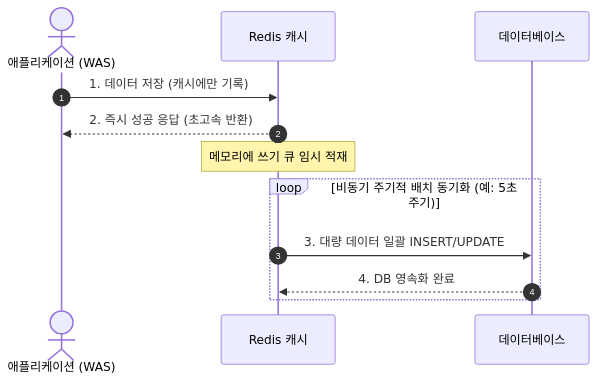
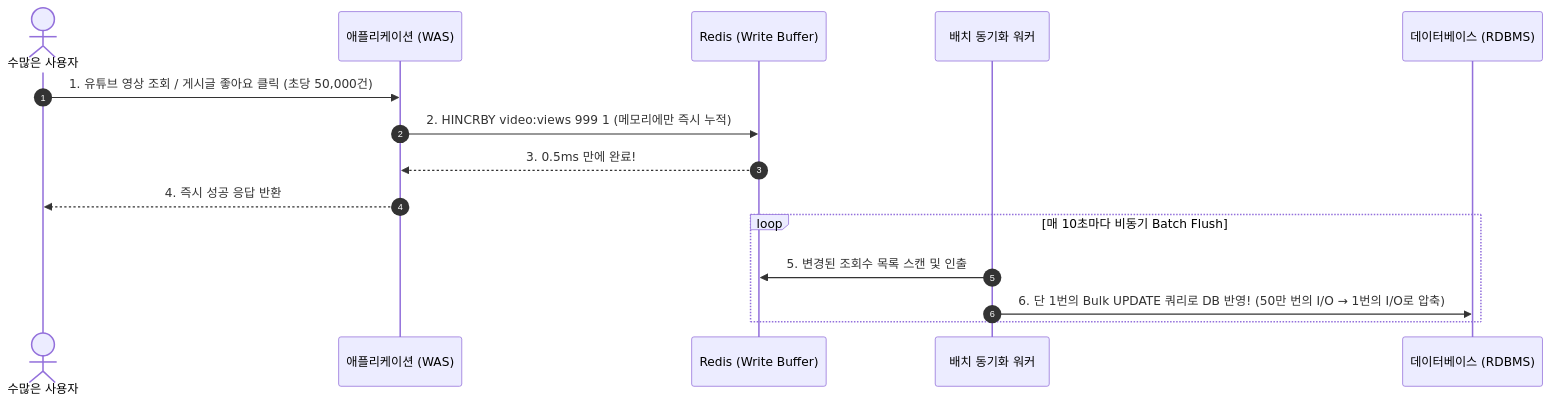
Diagram 17 of 39 in 09_아키텍처.md (keimania/tech-notes), drawn with Mermaid before and after one commit. The commit also changed other lines of this file and 12 other files, not shown here.

````diff
--- a/09_아키텍처.md
+++ b/09_아키텍처.md
@@ -533,15 +857,19 @@
 ```mermaid
 sequenceDiagram
     autonumber
-    actor App as 애플리케이션 (WAS)
-    participant Cache as Redis 캐시
-    participant DB as 데이터베이스
+    actor User as 수많은 사용자
+    participant App as 애플리케이션 (WAS)
+    participant Cache as Redis (Write Buffer)
+    participant Worker as 배치 동기화 워커
+    participant DB as 데이터베이스 (RDBMS)
 
-    App->>Cache: 1. 데이터 저장 (캐시에만 기록)
-    Cache-->>App: 2. 즉시 성공 응답 (초고속 반환)
-    Note over Cache: 메모리에 쓰기 큐 임시 적재
-    loop 비동기 주기적 배치 동기화 (예: 5초 주기)
-        Cache->>DB: 3. 대량 데이터 일괄 INSERT/UPDATE
-        DB-->>Cache: 4. DB 영속화 완료
+    User->>App: 1. 유튜브 영상 조회 / 게시글 좋아요 클릭 (초당 50,000건)
+    App->>Cache: 2. HINCRBY video:views 999 1 (메모리에만 즉시 누적)
+    Cache-->>App: 3. 0.5ms 만에 완료!
+    App-->>User: 4. 즉시 성공 응답 반환
+
+    loop 매 10초마다 비동기 Batch Flush
+        Worker->>Cache: 5. 변경된 조회수 목록 스캔 및 인출
+        Worker->>DB: 6. 단 1번의 Bulk UPDATE 쿼리로 DB 반영! (50만 번의 I/O → 1번의 I/O로 압축)
     end
 ```
````
